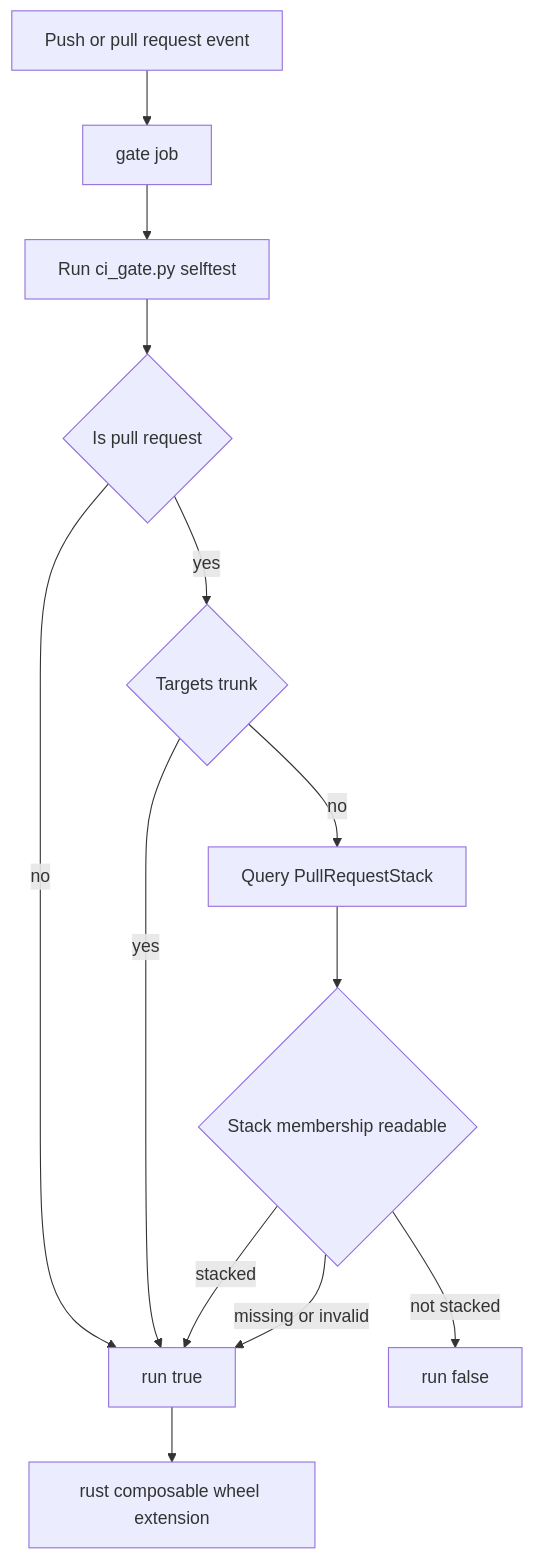
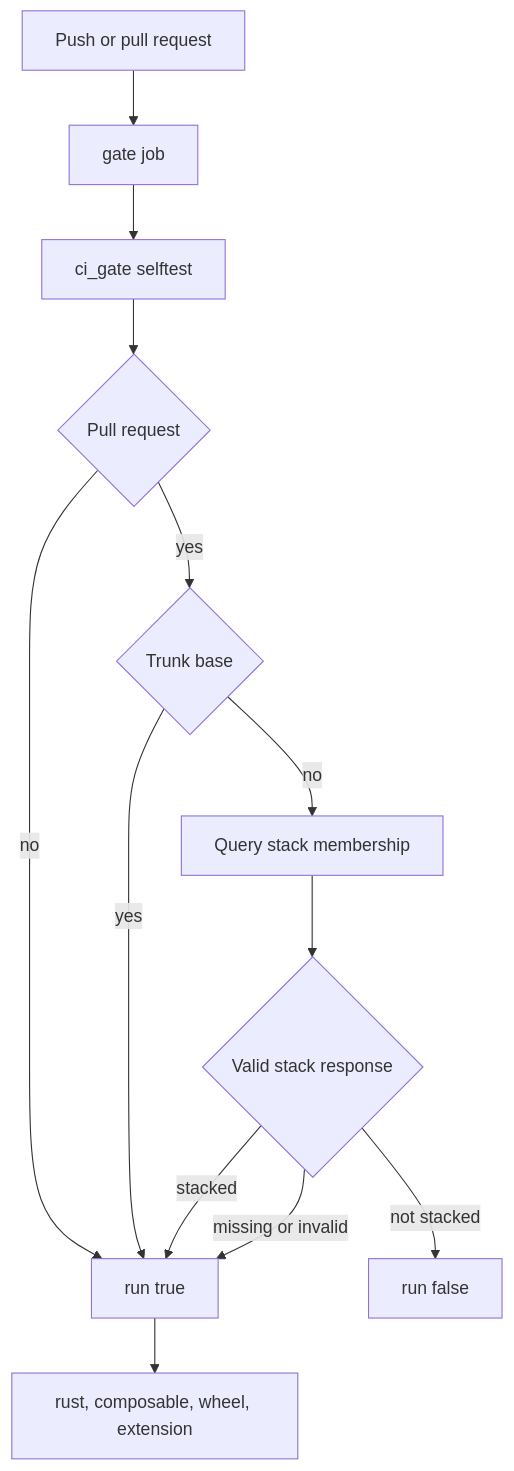
One commit to Krv-Labs/topos changed the first of 2 diagrams in openwiki/operations/testing-and-release.md. Above: the diagram before and after it, drawn with Mermaid. The commit also changed other lines of this file and 23 other files, not shown here.

````diff
--- a/openwiki/operations/testing-and-release.md
+++ b/openwiki/operations/testing-and-release.md
@@ -47,15 +81,15 @@
 ```mermaid
 flowchart TD
-  Event["Push or pull request event"] --> Gate["gate job"]
-  Gate --> Selftest["Run ci_gate.py selftest"]
-  Selftest --> Pull{"Is pull request"}
-  Pull -->|"no"| Run["run true"]
-  Pull -->|"yes"| Trunk{"Targets trunk"}
-  Trunk -->|"yes"| Run
-  Trunk -->|"no"| Query["Query PullRequestStack"]
-  Query --> Stack{"Stack membership readable"}
-  Stack -->|"stacked"| Run
-  Stack -->|"not stacked"| Skip["run false"]
-  Stack -->|"missing or invalid"| Run
-  Run --> Jobs["rust composable wheel extension"]
+  Event["Push or pull request"] --> Gate["gate job"]
+  Gate --> Check["ci_gate selftest"]
+  Check --> Pull{"Pull request"}
+  Pull -->|"no"| Admit["run true"]
+  Pull -->|"yes"| Trunk{"Trunk base"}
+  Trunk -->|"yes"| Admit
+  Trunk -->|"no"| Stack["Query stack membership"]
+  Stack --> Known{"Valid stack response"}
+  Known -->|"stacked"| Admit
+  Known -->|"not stacked"| Skip["run false"]
+  Known -->|"missing or invalid"| Admit
+  Admit --> Jobs["rust, composable, wheel, extension"]
 ```
````
